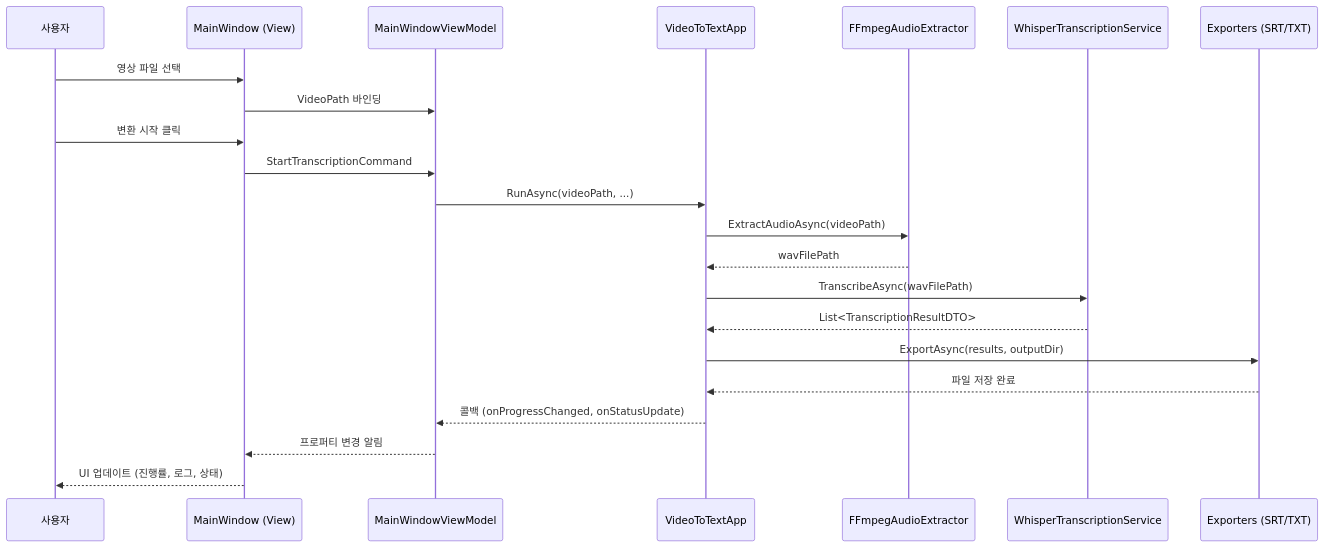
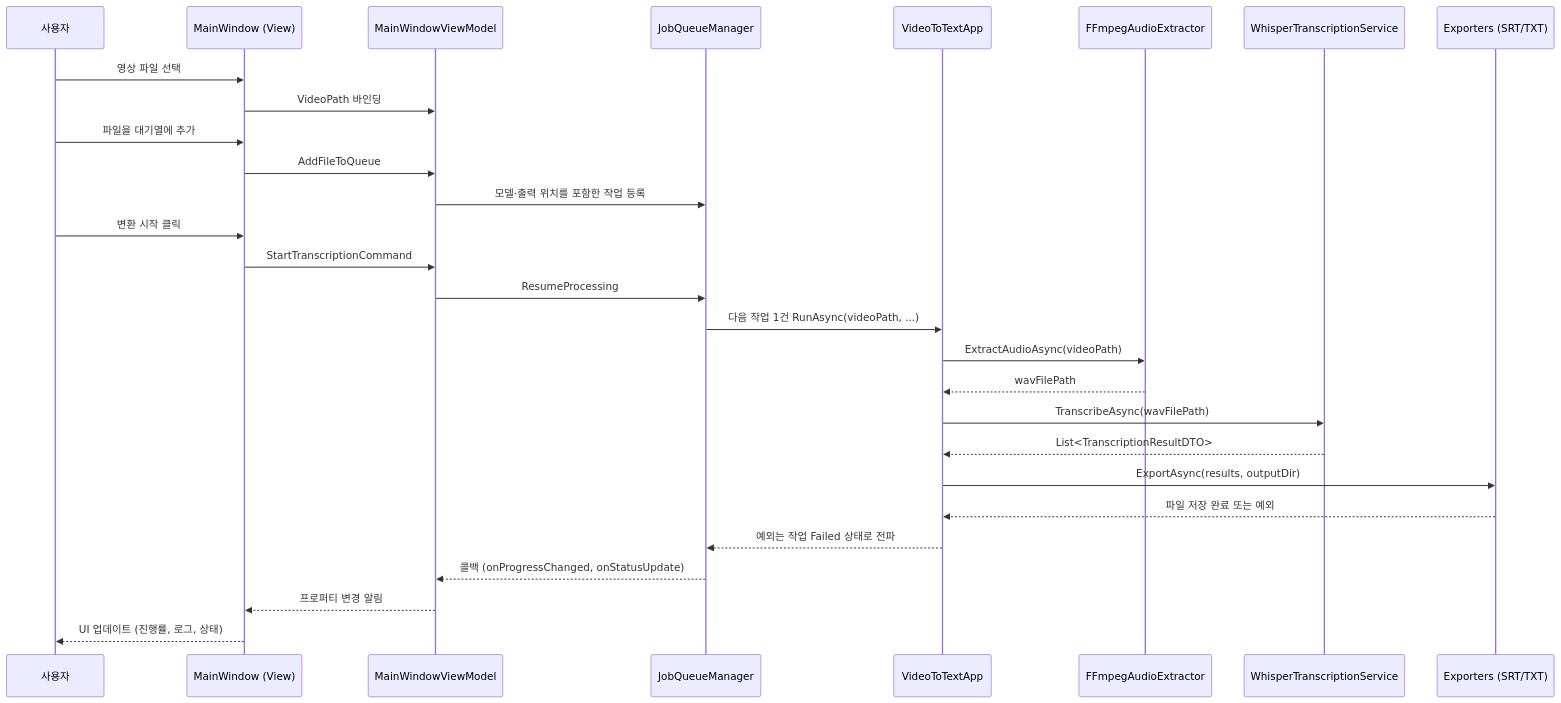
One commit to frod2793/VideoToTexter changed the second of 3 diagrams in Doc/ARCHITECTURE.md. Above: the diagram before and after it, drawn with Mermaid. The commit also changed other lines of this file and 26 other files, not shown here.

````diff
--- a/Doc/ARCHITECTURE.md
+++ b/Doc/ARCHITECTURE.md
@@ -50,25 +52,31 @@
 ```mermaid
 sequenceDiagram
     participant User as 사용자
     participant View as MainWindow (View)
     participant VM as MainWindowViewModel
+    participant Queue as JobQueueManager
     participant App as VideoToTextApp
     participant FF as FFmpegAudioExtractor
     participant WH as WhisperTranscriptionService
     participant EX as Exporters (SRT/TXT)
 
     User->>View: 영상 파일 선택
     View->>VM: VideoPath 바인딩
+    User->>View: 파일을 대기열에 추가
+    View->>VM: AddFileToQueue
+    VM->>Queue: 모델·출력 위치를 포함한 작업 등록
     User->>View: 변환 시작 클릭
     View->>VM: StartTranscriptionCommand
-    VM->>App: RunAsync(videoPath, ...)
+    VM->>Queue: ResumeProcessing
+    Queue->>App: 다음 작업 1건 RunAsync(videoPath, ...)
     App->>FF: ExtractAudioAsync(videoPath)
     FF-->>App: wavFilePath
     App->>WH: TranscribeAsync(wavFilePath)
     WH-->>App: List<TranscriptionResultDTO>
     App->>EX: ExportAsync(results, outputDir)
-    EX-->>App: 파일 저장 완료
-    App-->>VM: 콜백 (onProgressChanged, onStatusUpdate)
+    EX-->>App: 파일 저장 완료 또는 예외
+    App-->>Queue: 예외는 작업 Failed 상태로 전파
+    Queue-->>VM: 콜백 (onProgressChanged, onStatusUpdate)
     VM-->>View: 프로퍼티 변경 알림
     View-->>User: UI 업데이트 (진행률, 로그, 상태)
 ```
````
